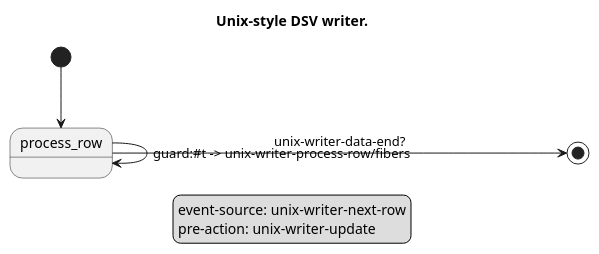
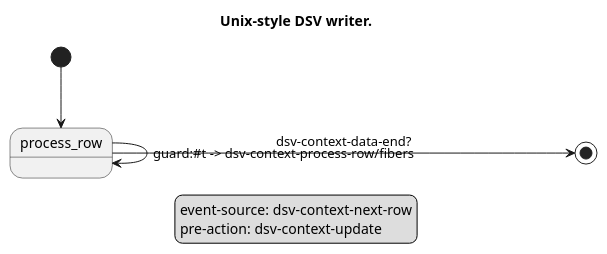
Before and after one commit to artyom-poptsov/guile-dsv: the diagram in modules/dsv/fsm/unix-writer-with-fibers.puml, drawn with PlantUML. The commit also changed 3 other files, not shown here.

First line of the commit message:
dsv/fsm/dsv-context (<unix-writer>): Rename to "<dsv-context>"

```diff
--- a/modules/dsv/fsm/unix-writer-with-fibers.puml
+++ b/modules/dsv/fsm/unix-writer-with-fibers.puml
@@ -1,31 +1,31 @@
 @startuml
 
 ' Copyright (C) 2026 Artyom V. Poptsov <poptsov.artyom@gmail.com>
 '
 ' This program is free software: you can redistribute it and/or modify
 ' it under the terms of the GNU General Public License as published by
 ' the Free Software Foundation, either version 3 of the License, or
 ' (at your option) any later version.
 '
 ' The program is distributed in the hope that it will be useful,
 ' but WITHOUT ANY WARRANTY; without even the implied warranty of
 ' MERCHANTABILITY or FITNESS FOR A PARTICULAR PURPOSE.  See the
 ' GNU General Public License for more details.
 '
 ' You should have received a copy of the GNU General Public License
 ' along with the program.  If not, see <http://www.gnu.org/licenses/>.
 
 
 title Unix-style DSV writer.
 
 legend
-event-source: unix-writer-next-row
-pre-action: unix-writer-update
+event-source: dsv-context-next-row
+pre-action: dsv-context-update
 endlegend
 
 [*] --> process_row
 
-process_row -> [*]: unix-writer-data-end?
-process_row -> process_row: guard:#t -> unix-writer-process-row/fibers
+process_row -> [*]: dsv-context-data-end?
+process_row -> process_row: guard:#t -> dsv-context-process-row/fibers
 
 @enduml
```
